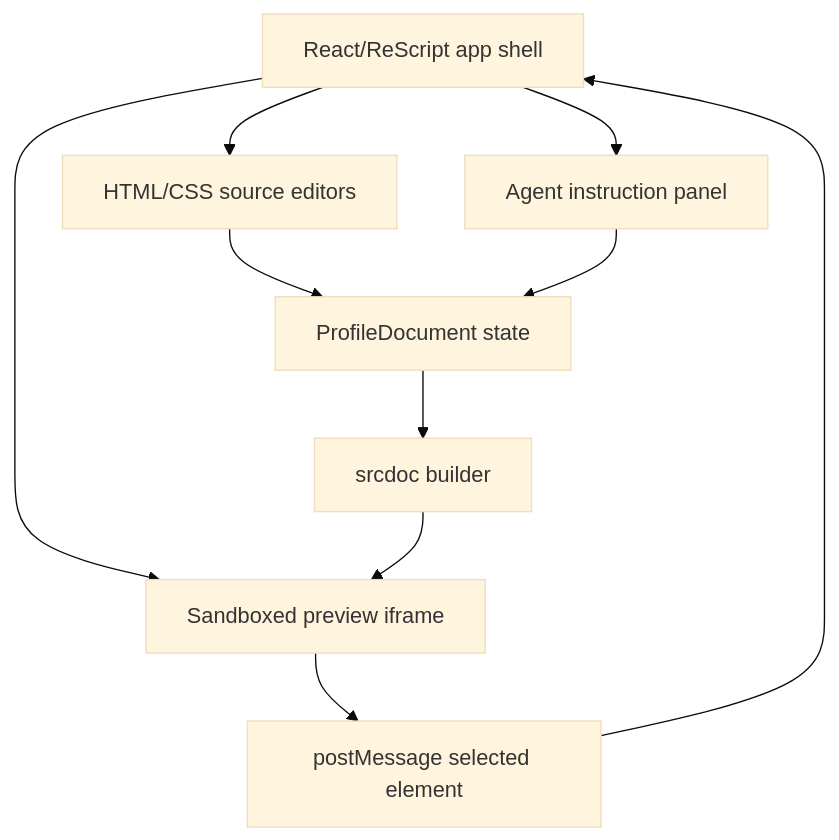
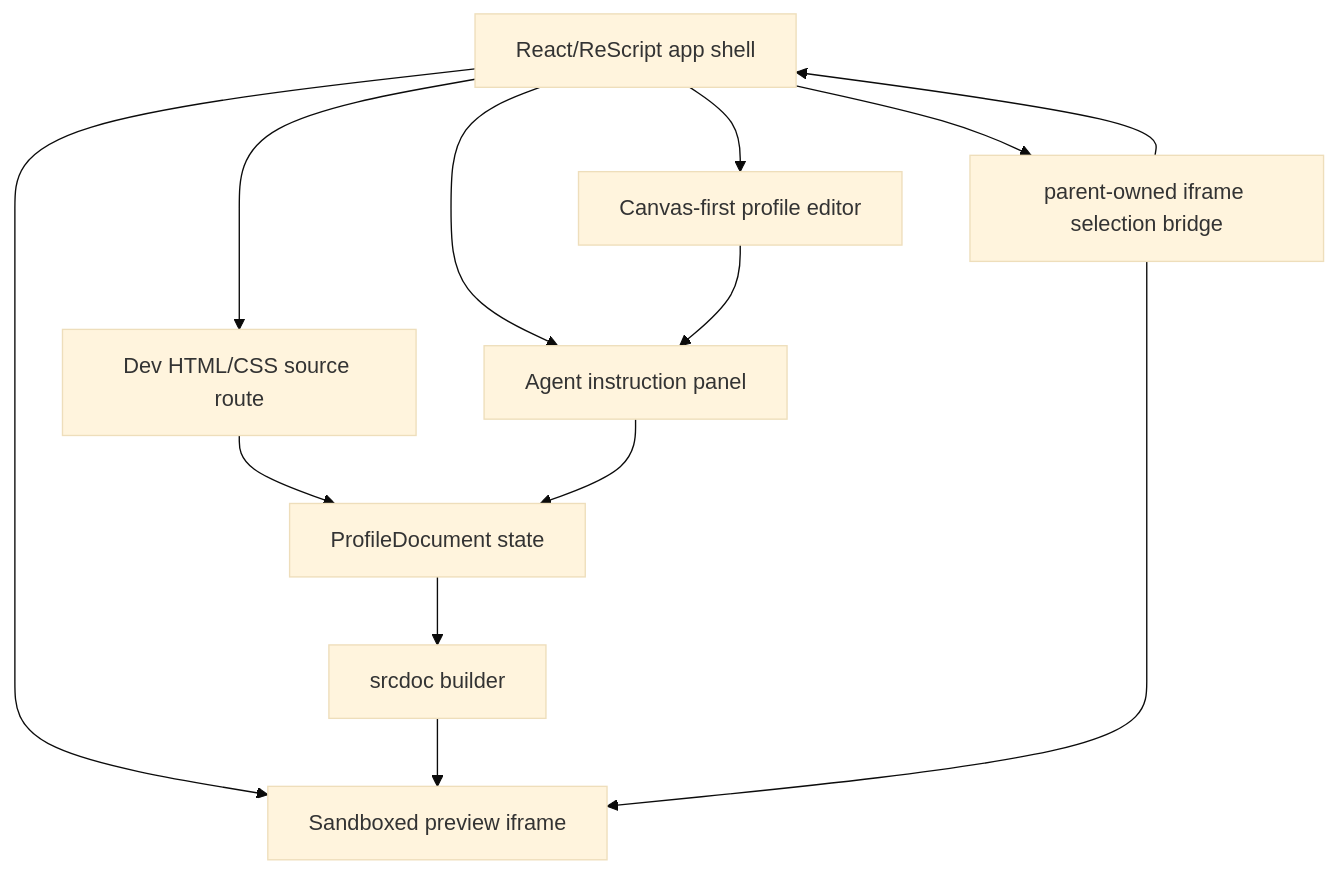
Before and after one commit to youngkidwarrior/vibespace: the diagram in docs/ARCHITECTURE.md, drawn with Mermaid (base theme). The commit also changed other lines of this file and 46 other files, not shown here.

````diff
--- a/docs/ARCHITECTURE.md
+++ b/docs/ARCHITECTURE.md
@@ -7,12 +7,15 @@
 ```mermaid
 flowchart TB
-  Shell[React/ReScript app shell] --> Editor[HTML/CSS source editors]
+  Shell[React/ReScript app shell] --> Canvas[Canvas-first profile editor]
+  Shell --> Editor[Dev HTML/CSS source route]
   Shell --> AgentPanel[Agent instruction panel]
   Shell --> PreviewIframe[Sandboxed preview iframe]
   Editor --> ProfileDocument[ProfileDocument state]
+  Canvas --> AgentPanel
   AgentPanel --> ProfileDocument
   ProfileDocument --> PreviewBridge[srcdoc builder]
   PreviewBridge --> PreviewIframe
-  PreviewIframe --> BrowserBridge[postMessage selected element]
-  BrowserBridge --> Shell
+  Shell --> SelectionBridge[parent-owned iframe selection bridge]
+  SelectionBridge --> PreviewIframe
+  SelectionBridge --> Shell
 ```
````
